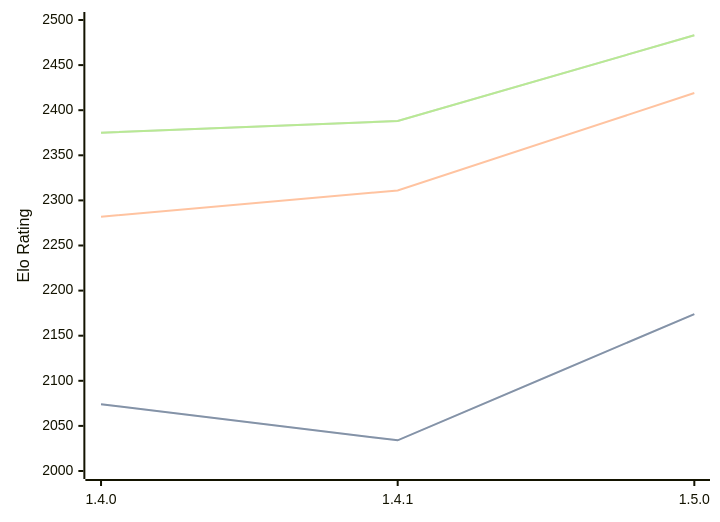
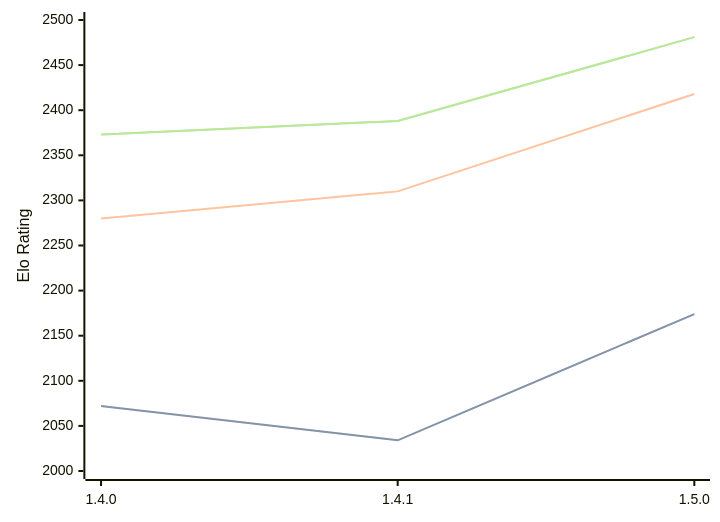
The first of 3 diagrams in engines/Tofiks.md (computer-chess-index/cci), drawn with Mermaid before and after one commit. The commit also changed other lines of this file, not shown here.

Commit message:
Update CCI Ratings (ELO VLTC) - 2026-06-27

````diff
--- a/engines/Tofiks.md
+++ b/engines/Tofiks.md
@@ -37,11 +37,11 @@
 ```mermaid
 %%{init: {"theme":"base","themeVariables":{"seriesColors:['#a3a3a3','#222221','#faa371']}}}%%
 xychart-beta
   x-axis ["1.4.0", "1.4.1", "1.5.0"]
   y-axis "Elo Rating" 2000 --> 2500
-  line "STC (8.0+0.08s)" [2074, 2034, 2174]
-  line "STC (8.0+0.08s)" [2074, 2034, 2174]
-  line "LTC (60.0+0.60s)" [2282, 2311, 2419]
-  line "VLTC (2m24s+1.12s)" [2375, 2388, 2483]
-  line "VLTC (2m24s+1.12s)" [2375, 2388, 2483]
+  line "STC (8.0+0.08s)" [2072, 2034, 2174]
+  line "STC (8.0+0.08s)" [2072, 2034, 2174]
+  line "LTC (60.0+0.60s)" [2280, 2310, 2418]
+  line "VLTC (2m24s+1.12s)" [2373, 2388, 2481]
+  line "VLTC (2m24s+1.12s)" [2373, 2388, 2481]
 ```
````
